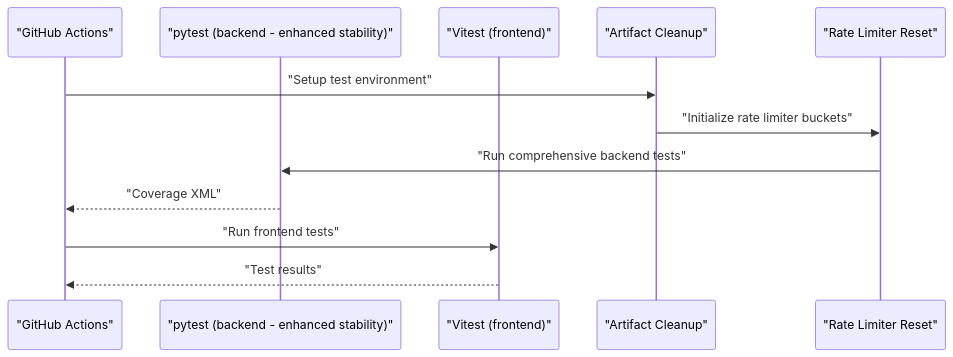
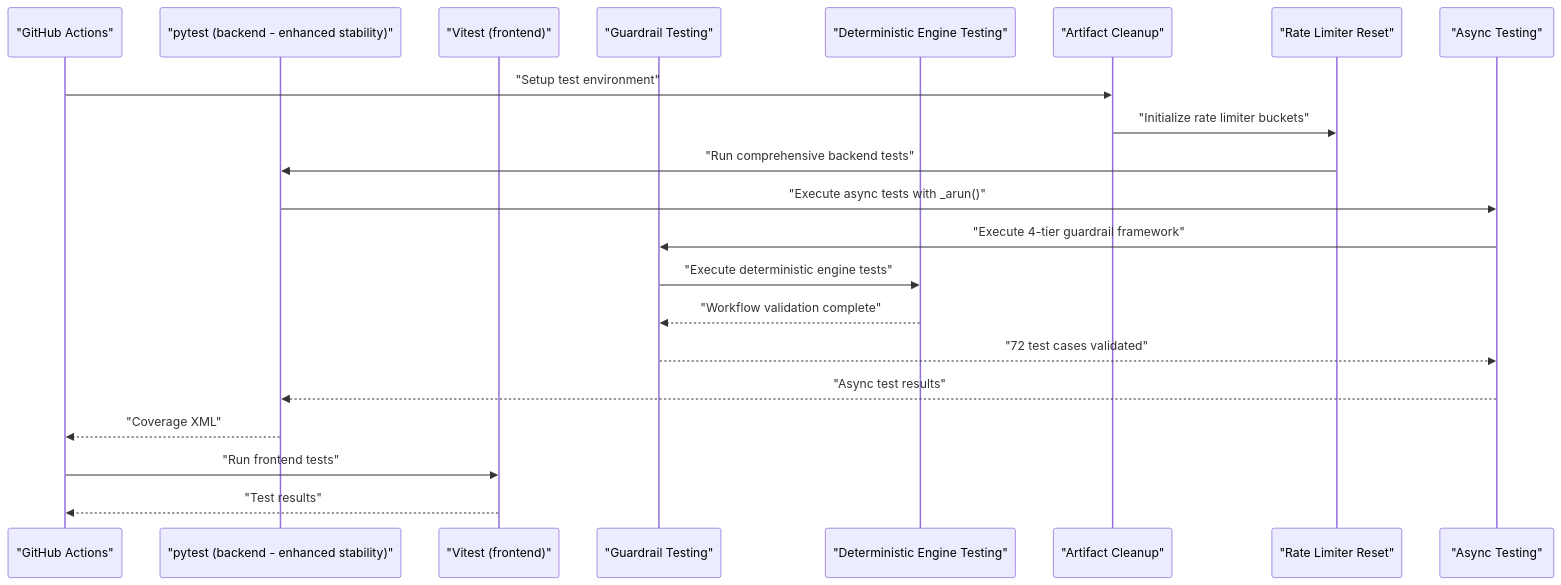
Before and after one commit to Revanththetalogics/aireume: the second of 18 diagrams in .qoder/repowiki/en/content/Testing Strategy.md, drawn with Mermaid. The commit also changed other lines of this file and 21 other files, not shown here.

````diff
--- a/.qoder/repowiki/en/content/Testing Strategy.md
+++ b/.qoder/repowiki/en/content/Testing Strategy.md
@@ -156,14 +225,23 @@
 ```mermaid
 sequenceDiagram
 participant GH as "GitHub Actions"
 participant Py as "pytest (backend - enhanced stability)"
 participant VT as "Vitest (frontend)"
+participant Guardrail as "Guardrail Testing"
+participant Deterministic as "Deterministic Engine Testing"
 participant Clean as "Artifact Cleanup"
 participant RL as "Rate Limiter Reset"
+participant Async as "Async Testing"
 GH->>Clean : "Setup test environment"
 Clean->>RL : "Initialize rate limiter buckets"
 RL->>Py : "Run comprehensive backend tests"
+Py->>Async : "Execute async tests with _arun()"
+Async->>Guardrail : "Execute 4-tier guardrail framework"
+Guardrail->>Deterministic : "Execute deterministic engine tests"
+Deterministic-->>Guardrail : "Workflow validation complete"
+Guardrail-->>Async : "72 test cases validated"
+Async-->>Py : "Async test results"
 Py-->>GH : "Coverage XML"
 GH->>VT : "Run frontend tests"
 VT-->>GH : "Test results"
 ```
````
